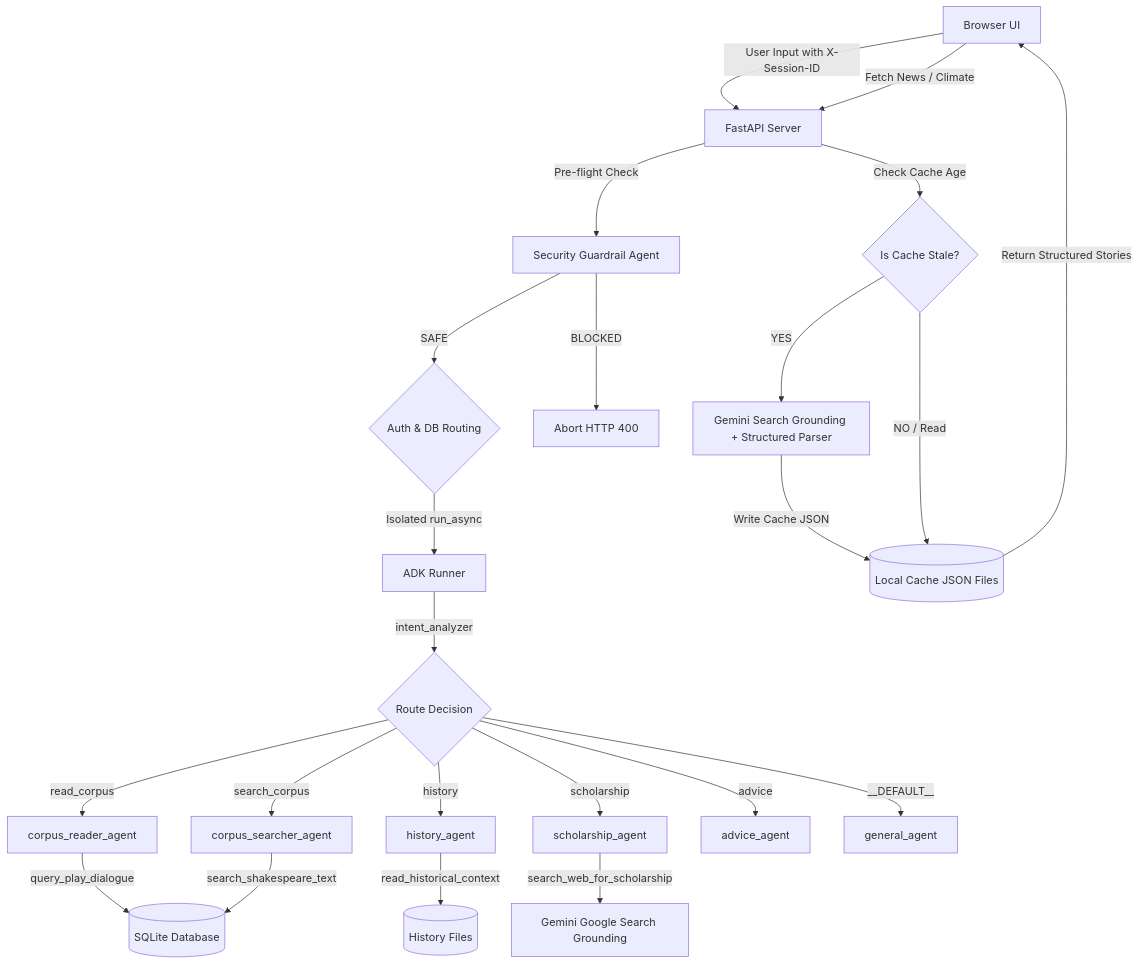
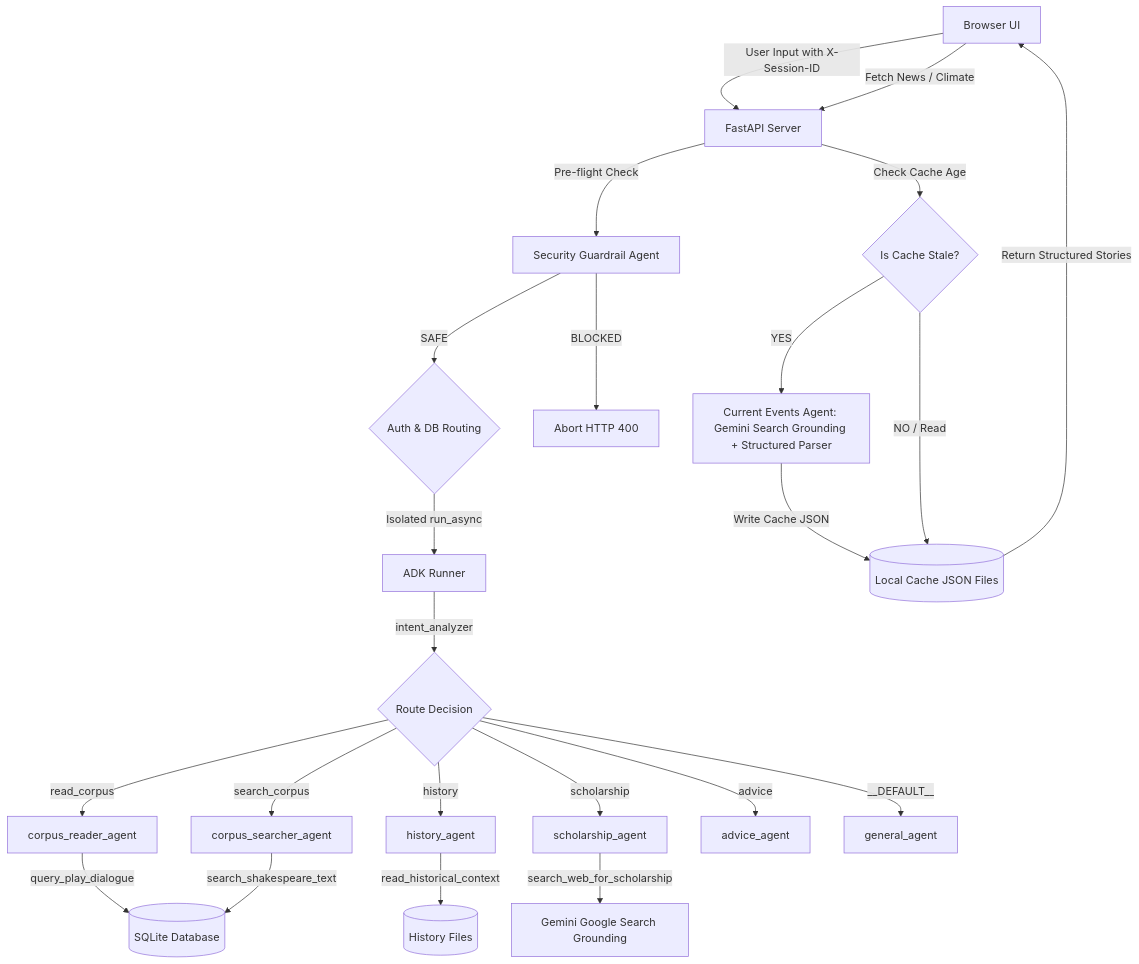
One commit to floatytomato/ShakespeareSpeaks changed the diagram in README.md. Above: the diagram before and after it, drawn with Mermaid. The commit also changed 1 other file, not shown here.

Commit message:
Update architecture diagram and README to explicitly label the Current Events Agent node

````diff
--- a/README.md
+++ b/README.md
@@ -36,30 +36,30 @@
 ```mermaid
 graph TD
     %% Chat Flow
     Client[Browser UI] -->|User Input with X-Session-ID| Backend[FastAPI Server]
     Backend -->|Pre-flight Check| SecAgent[Security Guardrail Agent]
     SecAgent -->|SAFE| AuthCheck{Auth & DB Routing}
     SecAgent -->|BLOCKED| Abort[Abort HTTP 400]
     
     AuthCheck -->|Isolated run_async| ADK[ADK Runner]
     ADK -->|intent_analyzer| Router{Route Decision}
     Router -->|read_corpus| CorpusReader[corpus_reader_agent]
     Router -->|search_corpus| CorpusSearcher[corpus_searcher_agent]
     Router -->|history| HistoryScholar[history_agent]
     Router -->|scholarship| ScholarshipAgent[scholarship_agent]
     Router -->|advice| AdviceAgent[advice_agent]
     Router -->|__DEFAULT__| GeneralAgent[general_agent]
 
     CorpusReader -->|query_play_dialogue| DB[(SQLite Database)]
     CorpusSearcher -->|search_shakespeare_text| DB
     HistoryScholar -->|read_historical_context| MarkdownFiles[(History Files)]
     ScholarshipAgent -->|search_web_for_scholarship| GoogleSearch[Gemini Google Search Grounding]
 
     %% News & Climate Caching Flow
     Client -->|Fetch News / Climate| Backend
     Backend -->|Check Cache Age| CacheCheck{Is Cache Stale?}
-    CacheCheck -->|YES| GenGrounding[Gemini Search Grounding + Structured Parser]
-    GenGrounding -->|Write Cache JSON| CacheFile[(Local Cache JSON Files)]
+    CacheCheck -->|YES| CurrentEventsAgent[Current Events Agent: Gemini Search Grounding + Structured Parser]
+    CurrentEventsAgent -->|Write Cache JSON| CacheFile[(Local Cache JSON Files)]
     CacheCheck -->|NO / Read| CacheFile
     CacheFile -->|Return Structured Stories| Client
 ```
````
